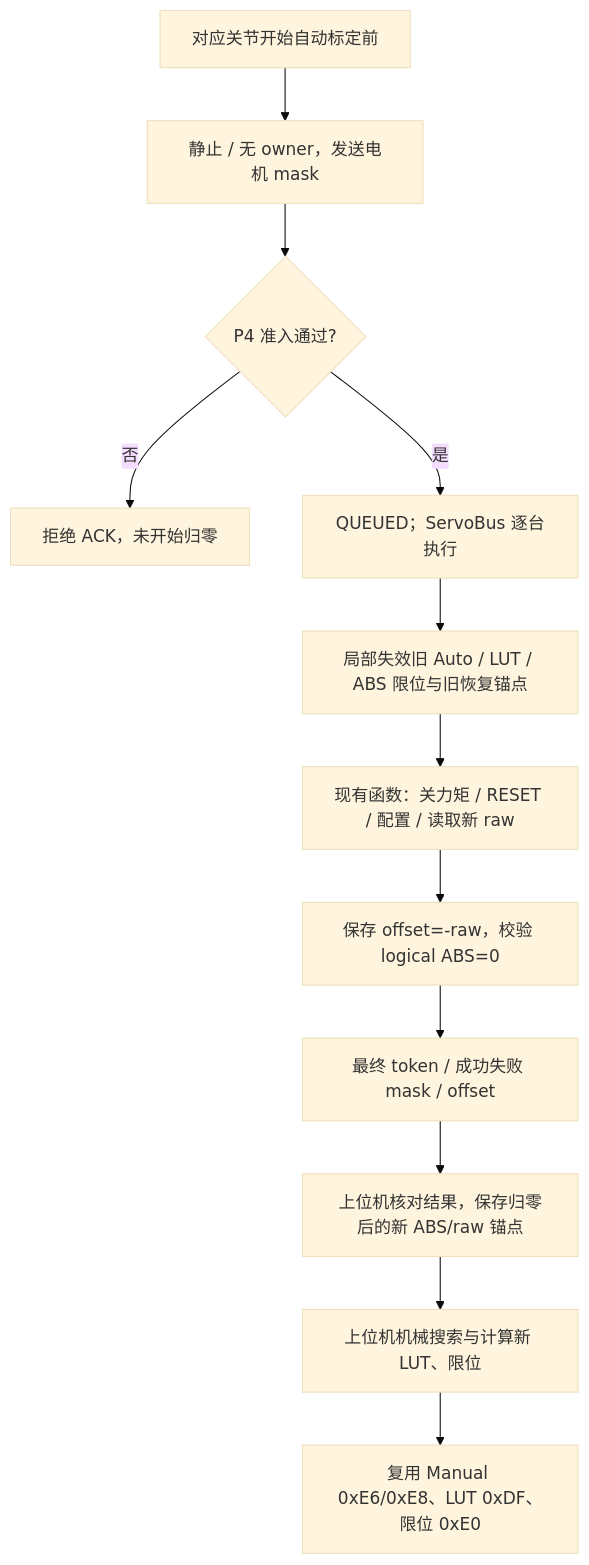
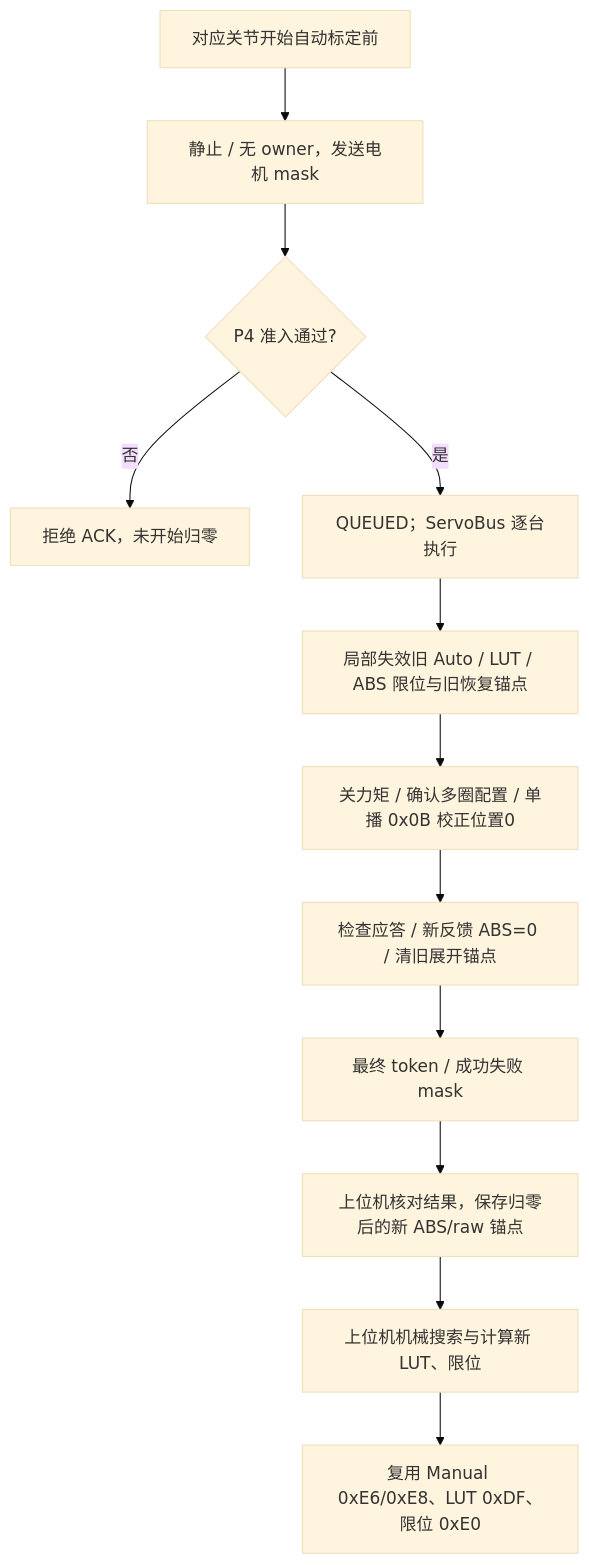
One commit to mm-hand/mmhand-core-software changed the diagram in docs/标定前逻辑ABS归零协议.md. Above: the diagram before and after it, drawn with Mermaid (base theme). The commit also changed other lines of this file and 88 other files, not shown here.

````diff
--- a/docs/标定前逻辑ABS归零协议.md
+++ b/docs/标定前逻辑ABS归零协议.md
@@ -45,14 +57,14 @@
 ```mermaid
 flowchart TD
     A[对应关节开始自动标定前] --> B[静止 / 无 owner，发送电机 mask]
     B --> C{P4 准入通过?}
     C -- 否 --> D[拒绝 ACK，未开始归零]
     C -- 是 --> E[QUEUED；ServoBus 逐台执行]
     E --> F[局部失效旧 Auto / LUT / ABS 限位与旧恢复锚点]
-    F --> G[现有函数：关力矩 / RESET / 配置 / 读取新 raw]
-    G --> H[保存 offset=-raw，校验 logical ABS=0]
-    H --> I[最终 token / 成功失败 mask / offset]
+    F --> G[关力矩 / 确认多圈配置 / 单播 0x0B 校正位置0]
+    G --> H[检查应答 / 新反馈 ABS=0 / 清旧展开锚点]
+    H --> I[最终 token / 成功失败 mask]
     I --> J[上位机核对结果，保存归零后的新 ABS/raw 锚点]
     J --> K[上位机机械搜索与计算新 LUT、限位]
     K --> L[复用 Manual 0xE6/0xE8、LUT 0xDF、限位 0xE0]
 ```
````
